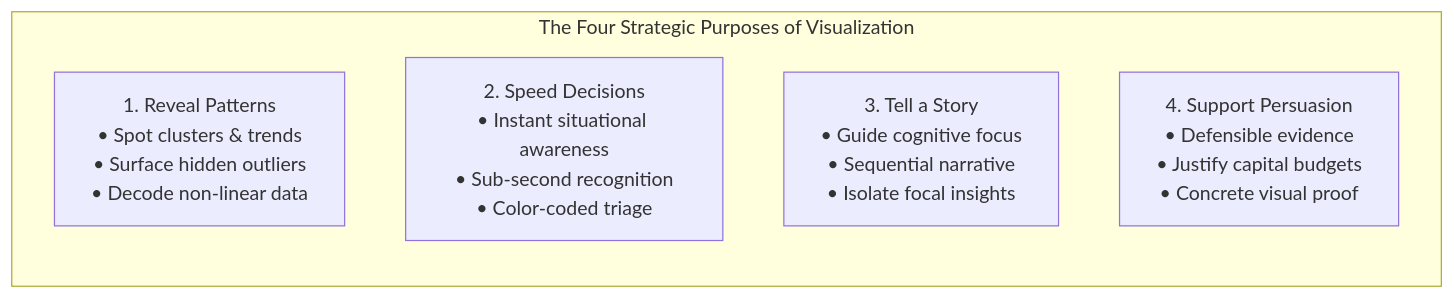
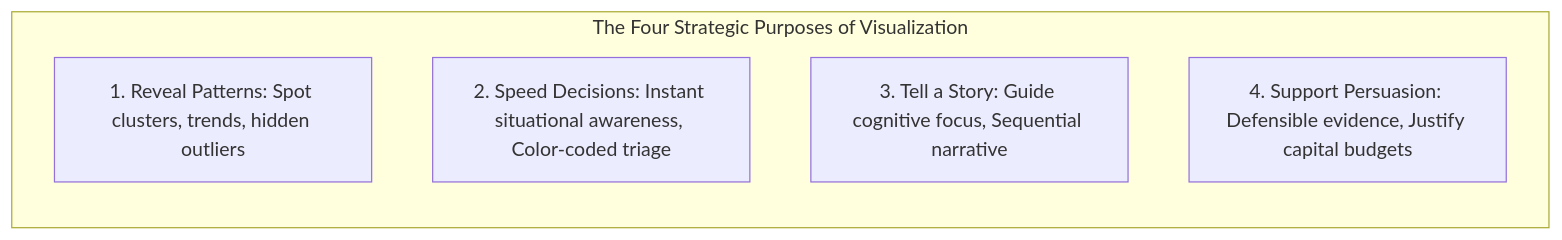
One commit to DeepLumiere/DeepSkills changed the fifth of 27 diagrams in notes/data_analysis/Unit_2_notes.md. Above: the diagram before and after it, drawn with Mermaid. The commit also changed other lines of this file and 56 other files, not shown here.

````diff
--- a/notes/data_analysis/Unit_2_notes.md
+++ b/notes/data_analysis/Unit_2_notes.md
@@ -410,9 +410,9 @@
 ```mermaid
 flowchart LR
-    subgraph Purposes["The Four Strategic Purposes of Visualization"]
-        P1["1. Reveal Patterns<br/>• Spot clusters & trends<br/>• Surface hidden outliers<br/>• Decode non-linear data"]
-        P2["2. Speed Decisions<br/>• Instant situational awareness<br/>• Sub-second recognition<br/>• Color-coded triage"]
-        P3["3. Tell a Story<br/>• Guide cognitive focus<br/>• Sequential narrative<br/>• Isolate focal insights"]
-        P4["4. Support Persuasion<br/>• Defensible evidence<br/>• Justify capital budgets<br/>• Concrete visual proof"]
+    subgraph Purposes ["The Four Strategic Purposes of Visualization"]
+        P1["1. Reveal Patterns: Spot clusters, trends, hidden outliers"]
+        P2["2. Speed Decisions: Instant situational awareness, Color-coded triage"]
+        P3["3. Tell a Story: Guide cognitive focus, Sequential narrative"]
+        P4["4. Support Persuasion: Defensible evidence, Justify capital budgets"]
     end
 ```
````
